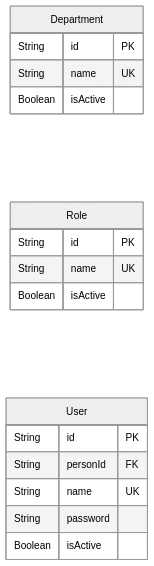
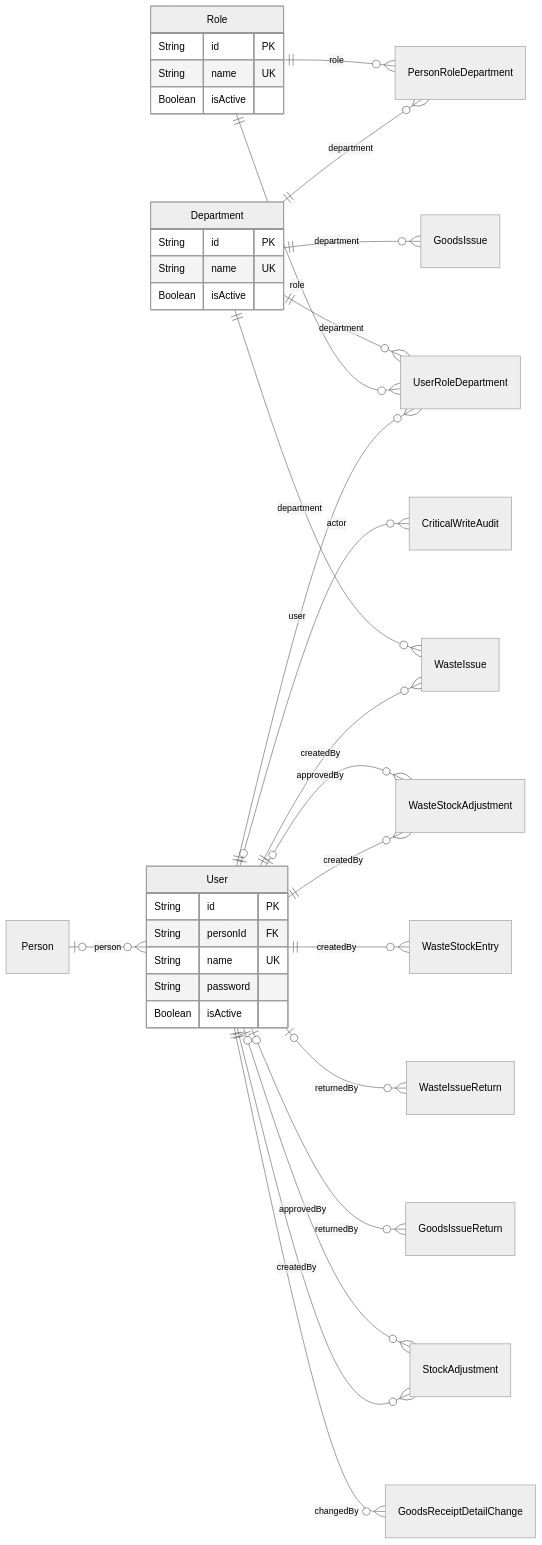
The first of 26 diagrams in docs/architecture/views/logical/data-and-persistence/generated/database-schema.md (gpgsistemas01/nexus), drawn with Mermaid (neutral theme) before and after one commit. The commit also changed other lines of this file and 3 other files, not shown here.

Commit message:
docs: corregir relaciones del ER y retirar capturas pendientes

````diff
--- a/docs/architecture/views/logical/data-and-persistence/generated/database-schema.md
+++ b/docs/architecture/views/logical/data-and-persistence/generated/database-schema.md
@@ -19,22 +28,39 @@
 ```mermaid
 erDiagram
     direction LR
     Department {
         String id PK
         String name UK
         Boolean isActive
     }
     Role {
         String id PK
         String name UK
         Boolean isActive
     }
     User {
         String id PK
         String personId FK
         String name UK
         String password
         Boolean isActive
     }
-
+    Person o|--o{ User : "person"
+    User o|--o{ CriticalWriteAudit : "actor"
+    User ||--o{ UserRoleDepartment : "user"
+    Role ||--o{ UserRoleDepartment : "role"
+    Department ||--o{ UserRoleDepartment : "department"
+    Department ||--o{ PersonRoleDepartment : "department"
+    Role ||--o{ PersonRoleDepartment : "role"
+    User ||--o{ WasteStockAdjustment : "createdBy"
+    User o|--o{ WasteStockAdjustment : "approvedBy"
+    User ||--o{ WasteStockEntry : "createdBy"
+    User ||--o{ WasteIssue : "createdBy"
+    Department ||--o{ WasteIssue : "department"
+    User o|--o{ WasteIssueReturn : "returnedBy"
+    Department ||--o{ GoodsIssue : "department"
+    User o|--o{ GoodsIssueReturn : "returnedBy"
+    User ||--o{ StockAdjustment : "createdBy"
+    User o|--o{ StockAdjustment : "approvedBy"
+    User ||--o{ GoodsReceiptDetailChange : "changedBy"
 ```
````
